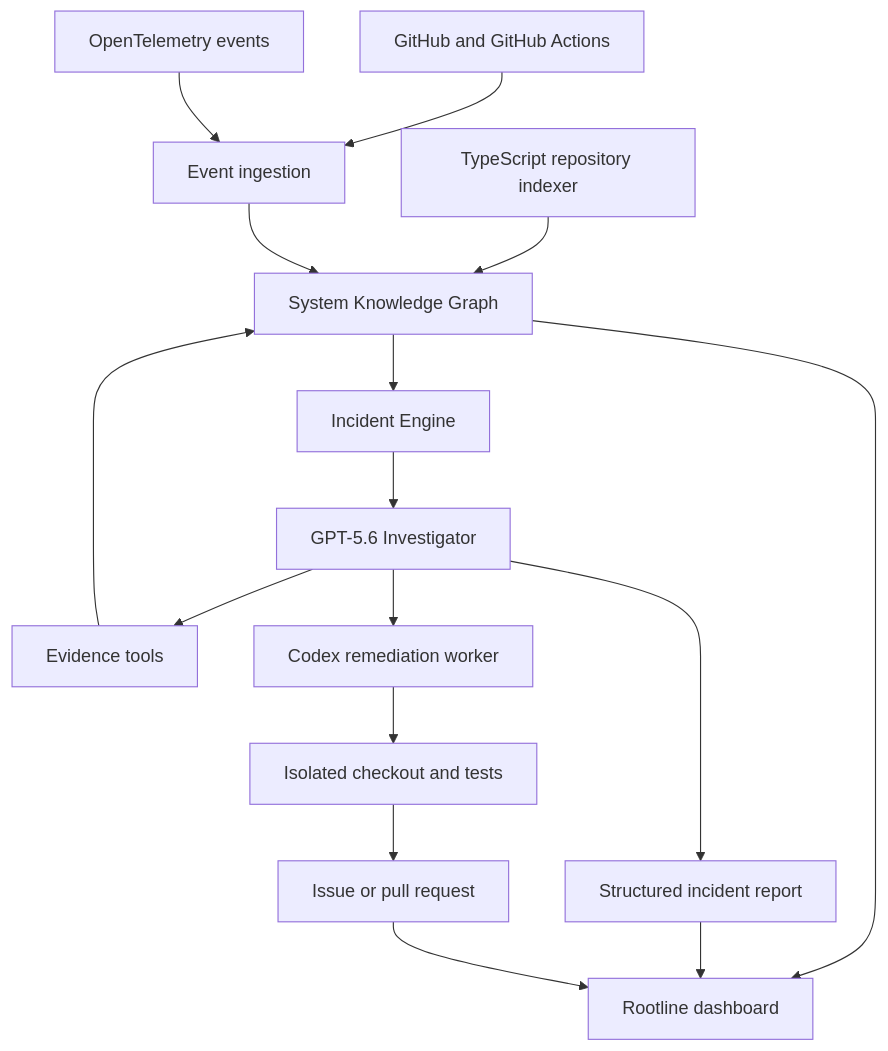
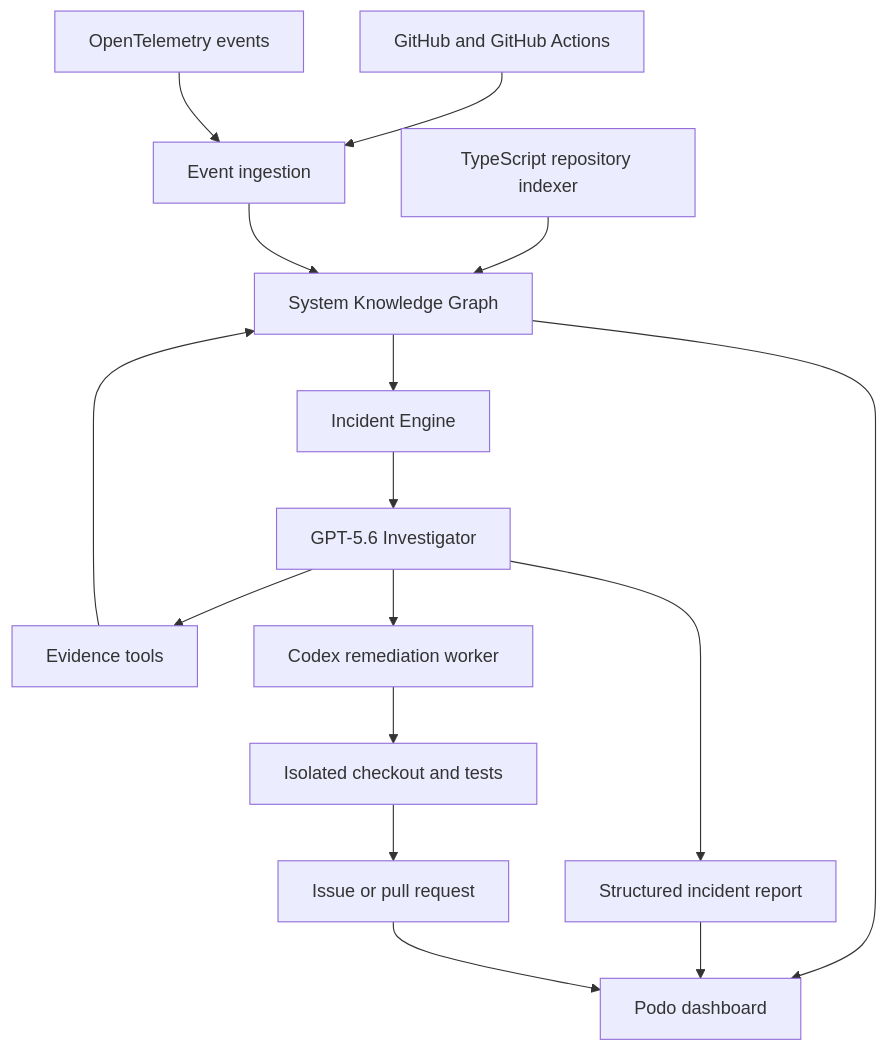
One commit to reseaxch/podo changed the second of 2 diagrams in docs/MVP_PLAN.md. Above: the diagram before and after it, drawn with Mermaid. The commit also changed other lines of this file and 100 other files, not shown here.

Commit message:
chore: rename Rootline to Podo

````diff
--- a/docs/MVP_PLAN.md
+++ b/docs/MVP_PLAN.md
@@ -310,25 +310,25 @@
 ```mermaid
 flowchart TB
     GitHub["GitHub and GitHub Actions"]
     OTEL["OpenTelemetry events"]
     Indexer["TypeScript repository indexer"]
 
     GitHub --> Ingestion["Event ingestion"]
     OTEL --> Ingestion
     Indexer --> Graph["System Knowledge Graph"]
     Ingestion --> Graph
 
     Graph --> Engine["Incident Engine"]
     Engine --> Investigator["GPT-5.6 Investigator"]
     Investigator --> Tools["Evidence tools"]
     Tools --> Graph
 
     Investigator --> Report["Structured incident report"]
     Investigator --> Remediation["Codex remediation worker"]
     Remediation --> Sandbox["Isolated checkout and tests"]
     Sandbox --> Delivery["Issue or pull request"]
 
-    Graph --> Dashboard["Rootline dashboard"]
+    Graph --> Dashboard["Podo dashboard"]
     Report --> Dashboard
     Delivery --> Dashboard
 ```
````
